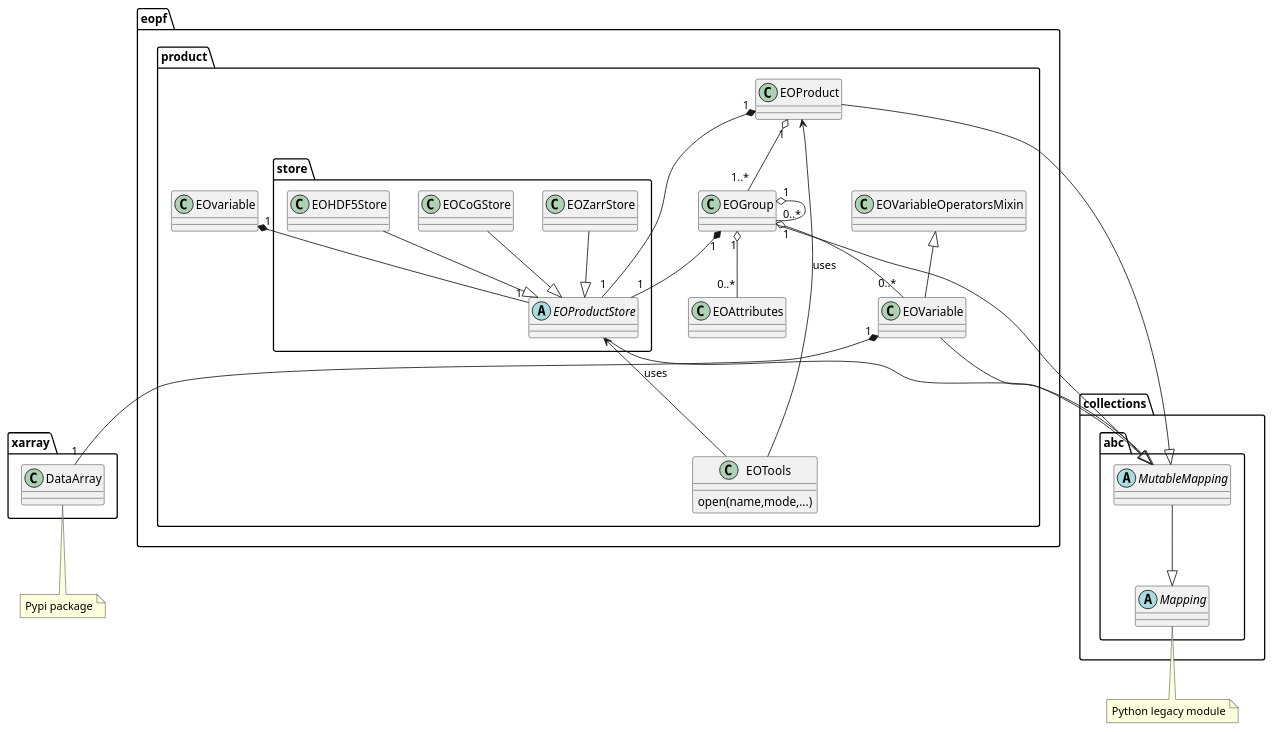
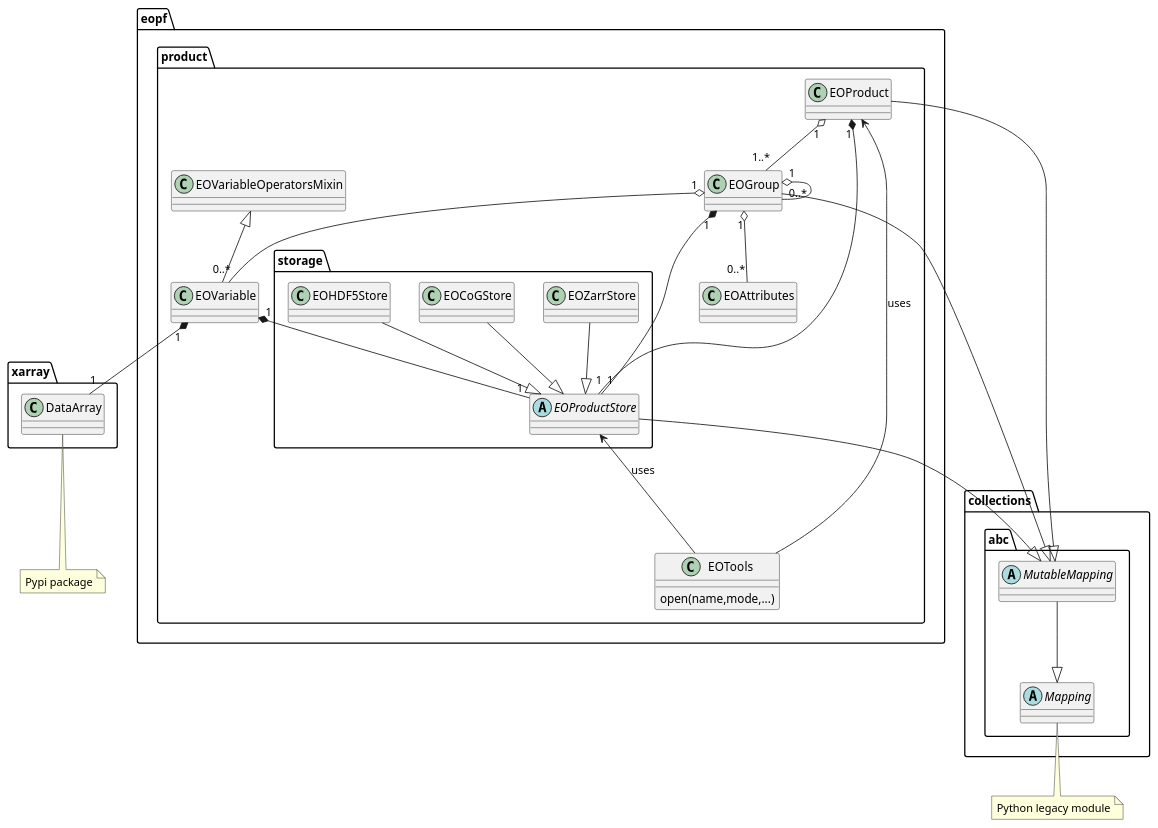
One commit to CSC-DPR/eopf-cpm changed the diagram in docs/plantuml/eopf_product_classes.puml. Above: the diagram before and after it, drawn with PlantUML.

Commit message:
store module becomes storage

```diff
--- a/docs/plantuml/eopf_product_classes.puml
+++ b/docs/plantuml/eopf_product_classes.puml
@@ -1,60 +1,60 @@
 @startuml
 ' left to right direction
 package "eopf.product" {
     ' this class will be used as set of functions
     ' that giving access to the EOProducts
     ' just a design class and all methods should be available
     ' at the parent module level.
     class EOTools
     {
         open(name,mode,...)
     }
 
     class EOProduct
     class EOGroup
     class EOVariableOperatorsMixin
     class EOVariable
-
-    package store
+    package storage
     {
         ' inspired by fsspec.spec.AbstractFileSystem
         abstract EOProductStore
         EOZarrStore --|> EOProductStore
         EOCoGStore --|> EOProductStore
         EOHDF5Store --|> EOProductStore
     }
     EOProduct <-- EOTools : uses
 
     EOProduct "1" o-- "1..*" EOGroup
     EOGroup "1" o-- "0..*" EOVariable
     EOGroup "1" o-- "0..*" EOGroup
     EOGroup "1" o-- "0..*" EOAttributes
     EOVariableOperatorsMixin <|-- EOVariable
 
+    ' EOProduct -.- EOProductBuilder : uses
     EOProductStore <-- EOTools : uses
     EOProduct "1" *-- "1" EOProductStore
     EOGroup "1" *-- "1" EOProductStore
-    EOvariable "1" *-- "1" EOProductStore
+    EOVariable "1" *-- "1" EOProductStore
 
 }
 
 package xarray {
     class DataArray
 }
 note bottom: Pypi package
 
 package collections.abc {
     abstract MutableMapping
     abstract Mapping
     MutableMapping --|> Mapping
 }
 note bottom: Python legacy module
 
 EOProduct --|> MutableMapping
 EOGroup --|> MutableMapping
-EOVariable --|> MutableMapping
+' EOVariable --|> MutableMapping
 EOProductStore --|> MutableMapping
 
 EOVariable "1" *-- "1" DataArray
 
 @enduml
```
